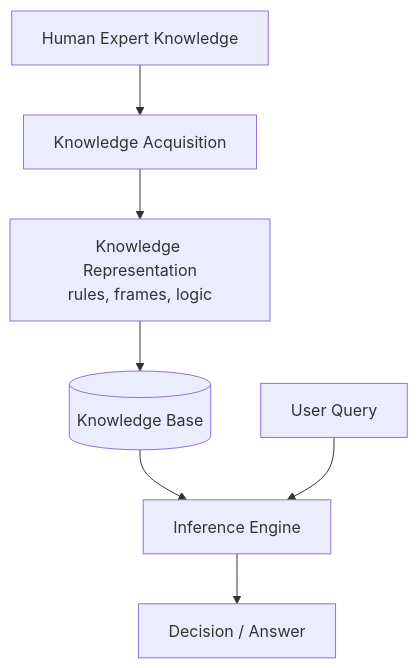
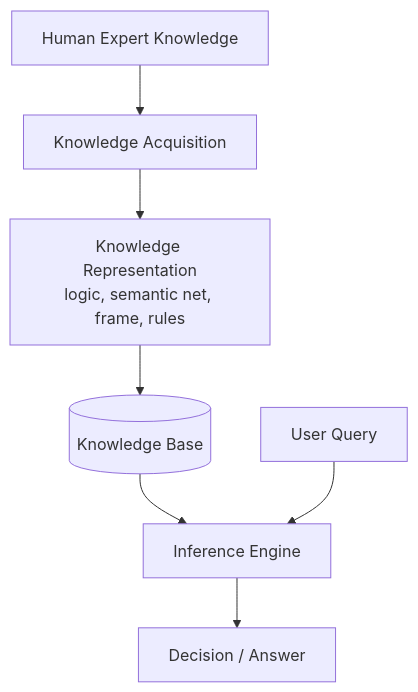
Before and after one commit to daihan054/Govt-it-question-bank-last-16-years-compact-it: the first of 5 diagrams in written-answers/ai-and-ml.md, drawn with Mermaid. The commit also changed other lines of this file, not shown here.

````diff
--- a/written-answers/ai-and-ml.md
+++ b/written-answers/ai-and-ml.md
@@ -87,9 +97,9 @@
    ```mermaid
    flowchart TD
        A[Human Expert Knowledge] --> B[Knowledge Acquisition]
-       B --> C[Knowledge Representation<br/>rules, frames, logic]
+       B --> C[Knowledge Representation<br/>logic, semantic net, frame, rules]
        C --> D[(Knowledge Base)]
        D --> E[Inference Engine]
        U[User Query] --> E
        E --> F[Decision / Answer]
    ```
````
